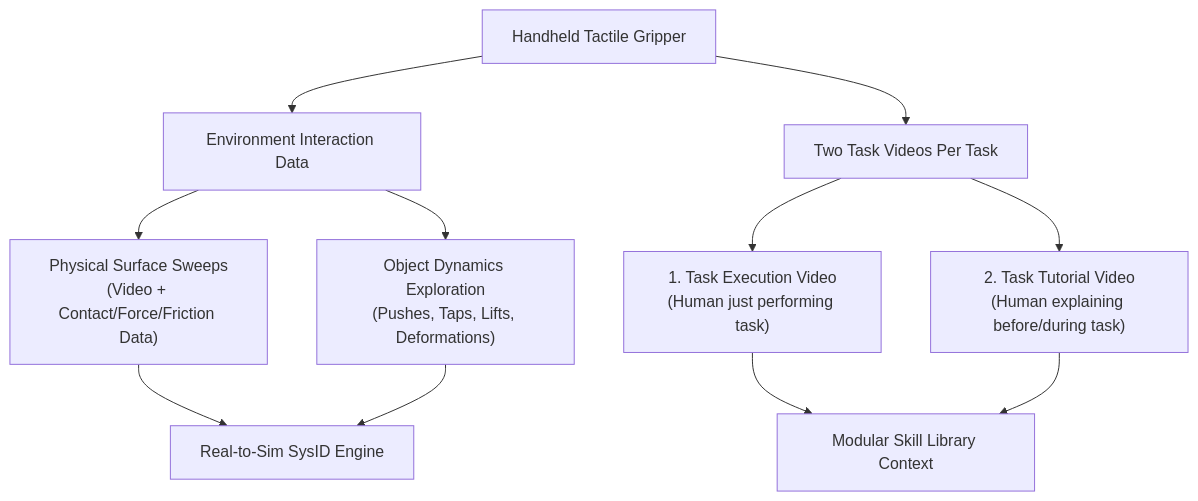
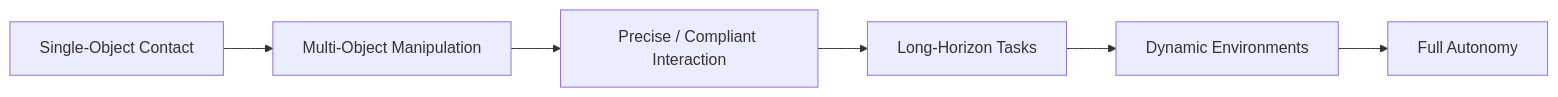
Before and after one commit to Freelunch-AI/freelunch-ide: the ninth of 15 diagrams in docs/specs/post-demo/lunch_robotics.md, drawn with Mermaid. The commit also changed other lines of this file, not shown here.

````diff
--- a/docs/specs/post-demo/lunch_robotics.md
+++ b/docs/specs/post-demo/lunch_robotics.md
@@ -267,16 +730,9 @@
 ```mermaid
-flowchart TD
-    A["Handheld Tactile Gripper"] --> B["Environment Interaction Data"]
-    A --> C["Two Task Videos Per Task"]
-
-    B --> D["Physical Surface Sweeps<br/>(Video + Contact/Force/Friction Data)"]
-    B --> E["Object Dynamics Exploration<br/>(Pushes, Taps, Lifts, Deformations)"]
-
-    C --> F1["1. Task Execution Video<br/>(Human just performing task)"]
-    C --> F2["2. Task Tutorial Video<br/>(Human explaining before/during task)"]
-
-    D --> G["Real-to-Sim SysID Engine"]
-    E --> G
-    F1 --> H["Task Policy Training & Reward Formulation"]
-    F2 --> H["Modular Skill Library Context"]
+flowchart LR
+    A["Single-Object Contact"]
+    --> B["Multi-Object Manipulation"]
+    --> C["Precise / Compliant Interaction"]
+    --> D["Long-Horizon Tasks"]
+    --> E["Dynamic Environments"]
+    --> F["Full Autonomy"]
 ```
````
